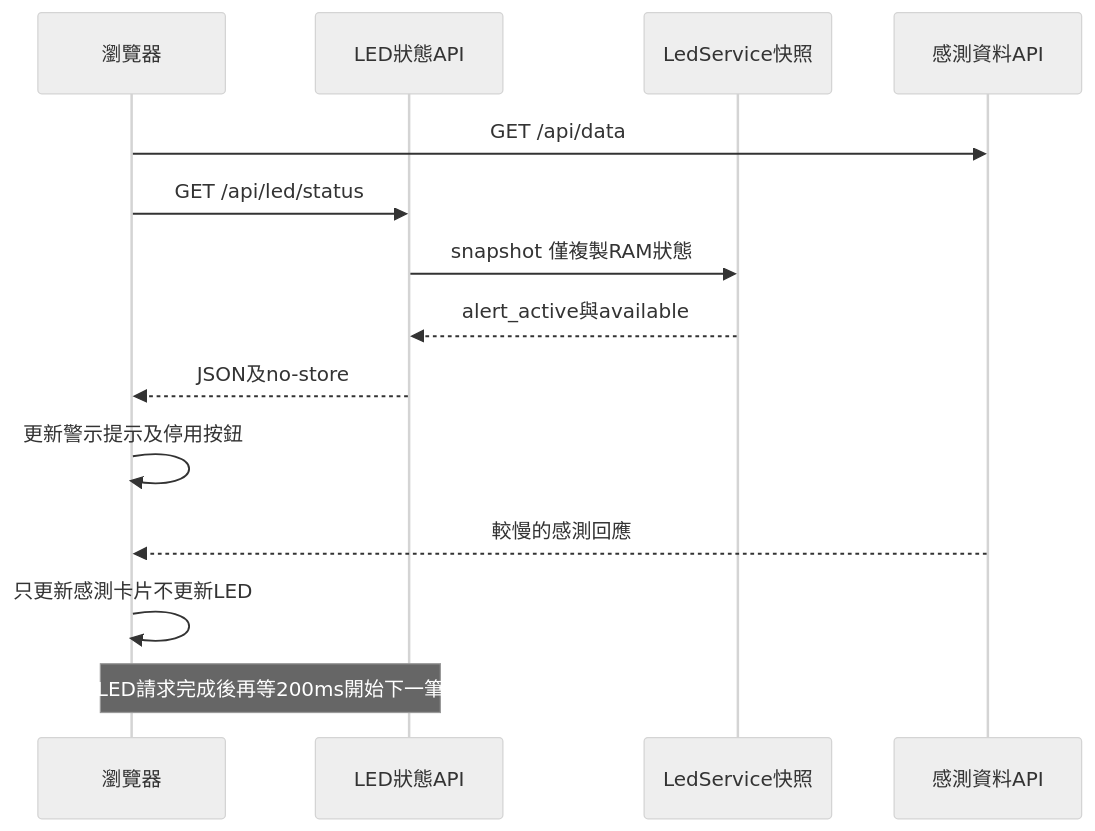
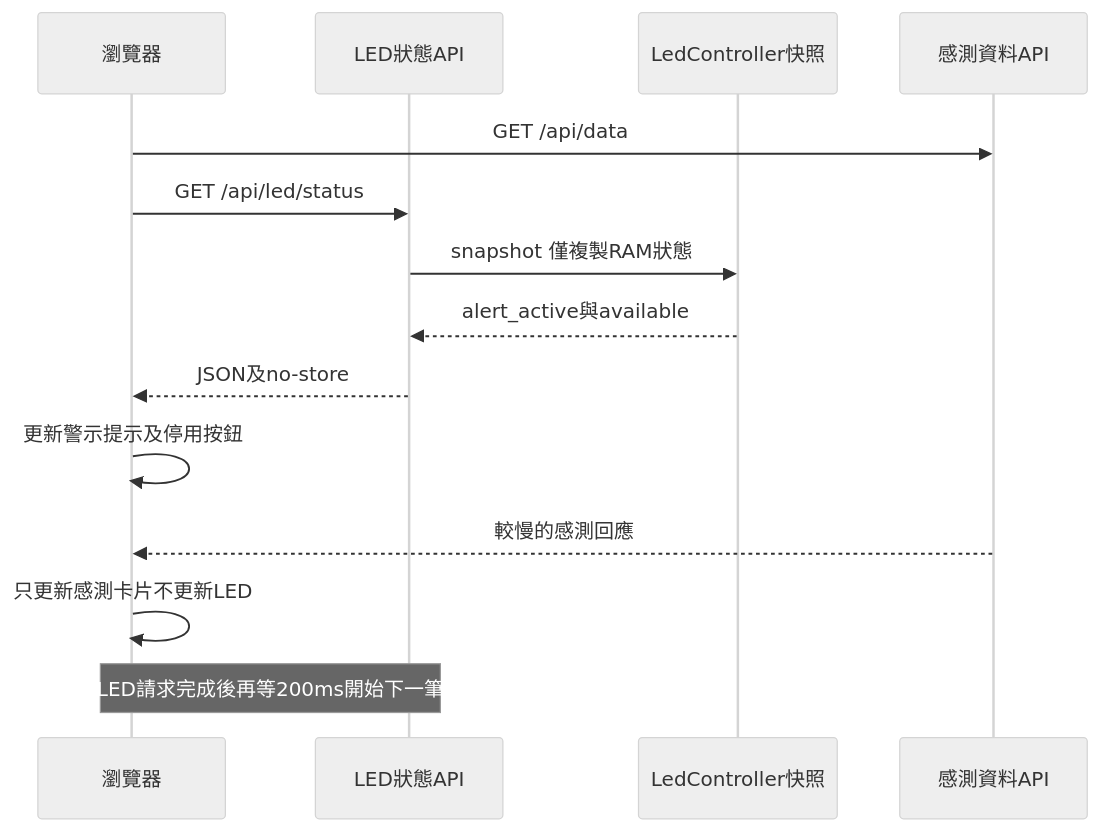
Diagram 13 of 21 in LED_SINGLE_OWNER_GUIDE.md (change918418-tech/IoT_Course), drawn with Mermaid (neutral theme) before and after one commit. The commit also changed other lines of this file and 2 other files, not shown here.

Commit message:
docs: synchronize P1 LED guides and config instructions

````diff
--- a/LED_SINGLE_OWNER_GUIDE.md
+++ b/LED_SINGLE_OWNER_GUIDE.md
@@ -718,16 +719,16 @@
 ```mermaid
 sequenceDiagram
     participant Browser as 瀏覽器
     participant FastApi as LED狀態API
-    participant Owner as LedService快照
+    participant Owner as LedController快照
     participant DataApi as 感測資料API
     Browser->>DataApi: GET /api/data
     Browser->>FastApi: GET /api/led/status
     FastApi->>Owner: snapshot 僅複製RAM狀態
     Owner-->>FastApi: alert_active與available
     FastApi-->>Browser: JSON及no-store
     Browser->>Browser: 更新警示提示及停用按鈕
     DataApi-->>Browser: 較慢的感測回應
     Browser->>Browser: 只更新感測卡片不更新LED
     Note over Browser,FastApi: LED請求完成後再等200ms開始下一筆
 ```
````
